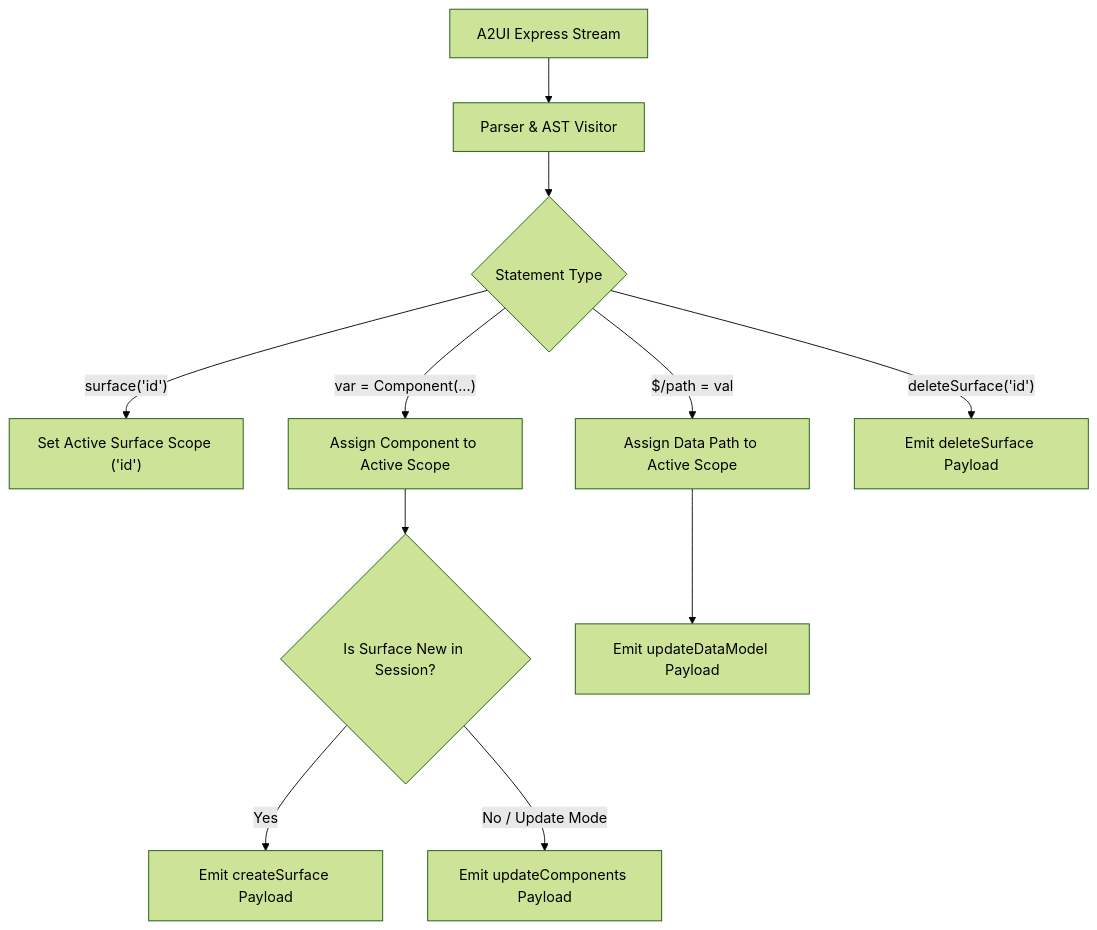
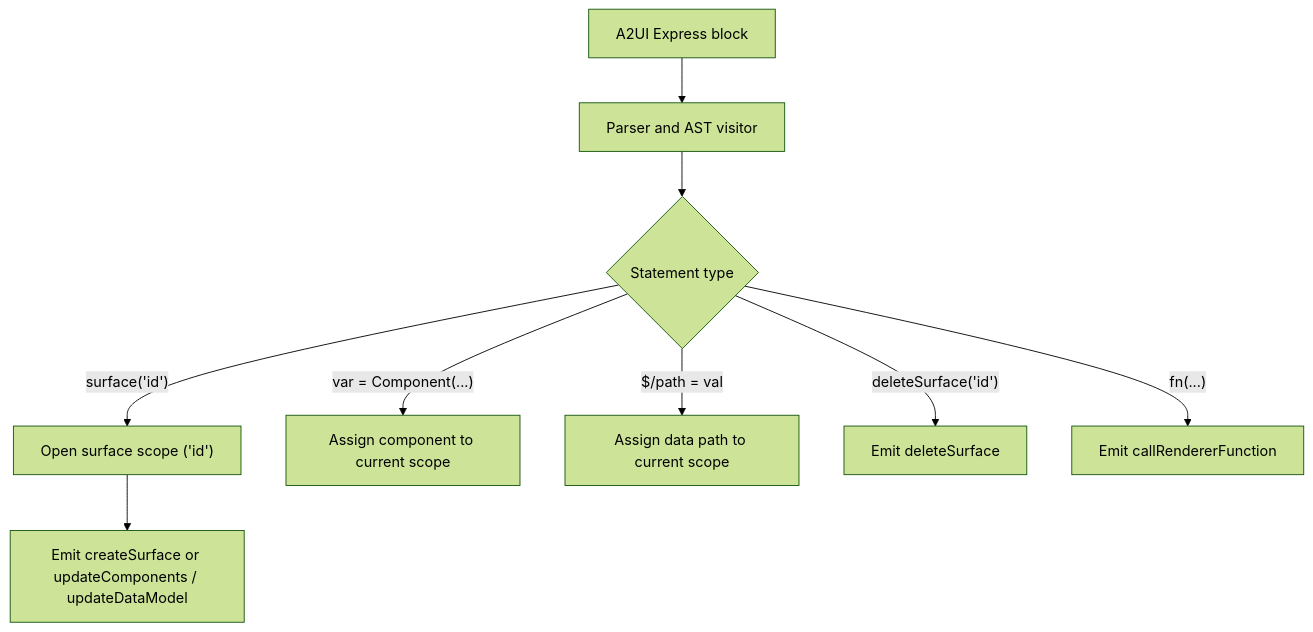
Before and after one commit to a2ui-project/a2ui: the diagram in specification/proposals/express/create_surface_design.md, drawn with Mermaid (forest theme). The commit also changed other lines of this file and 8 other files, not shown here.

Commit message:
docs: document multi-catalog resolution in inference format proposals and conformance schema

````diff
--- a/specification/proposals/express/create_surface_design.md
+++ b/specification/proposals/express/create_surface_design.md
@@ -183,15 +167,13 @@
 ```mermaid
 flowchart TD
-    DSL["A2UI Express Stream"] --> AST["Parser & AST Visitor"]
-    AST --> Statement{"Statement Type"}
+    DSL["A2UI Express block"] --> AST["Parser and AST visitor"]
+    AST --> Statement{"Statement type"}
 
-    Statement -->|"surface('id')"| ScopeSwitch["Set Active Surface Scope ('id')"]
-    Statement -->|"var = Component(...)"| CompAssign["Assign Component to Active Scope"]
-    Statement -->|"$/path = val"| DataAssign["Assign Data Path to Active Scope"]
-    Statement -->|"deleteSurface('id')"| DeleteStmt["Emit deleteSurface Payload"]
+    Statement -->|"surface('id')"| CreateScope["Open surface scope ('id')"]
+    Statement -->|"var = Component(...)"| CompAssign["Assign component to current scope"]
+    Statement -->|"$/path = val"| DataAssign["Assign data path to current scope"]
+    Statement -->|"deleteSurface('id')"| DeleteStmt["Emit deleteSurface"]
+    Statement -->|"fn(...)"| CallStmt["Emit callRendererFunction"]
 
-    CompAssign --> CheckState{"Is Surface New in Session?"}
-    CheckState -->|Yes| EmitCreate["Emit createSurface Payload"]
-    CheckState -->|No / Update Mode| EmitUpdate["Emit updateComponents Payload"]
-    DataAssign --> EmitData["Emit updateDataModel Payload"]
+    CreateScope --> EmitCreate["Emit createSurface or updateComponents / updateDataModel"]
 ```
````
